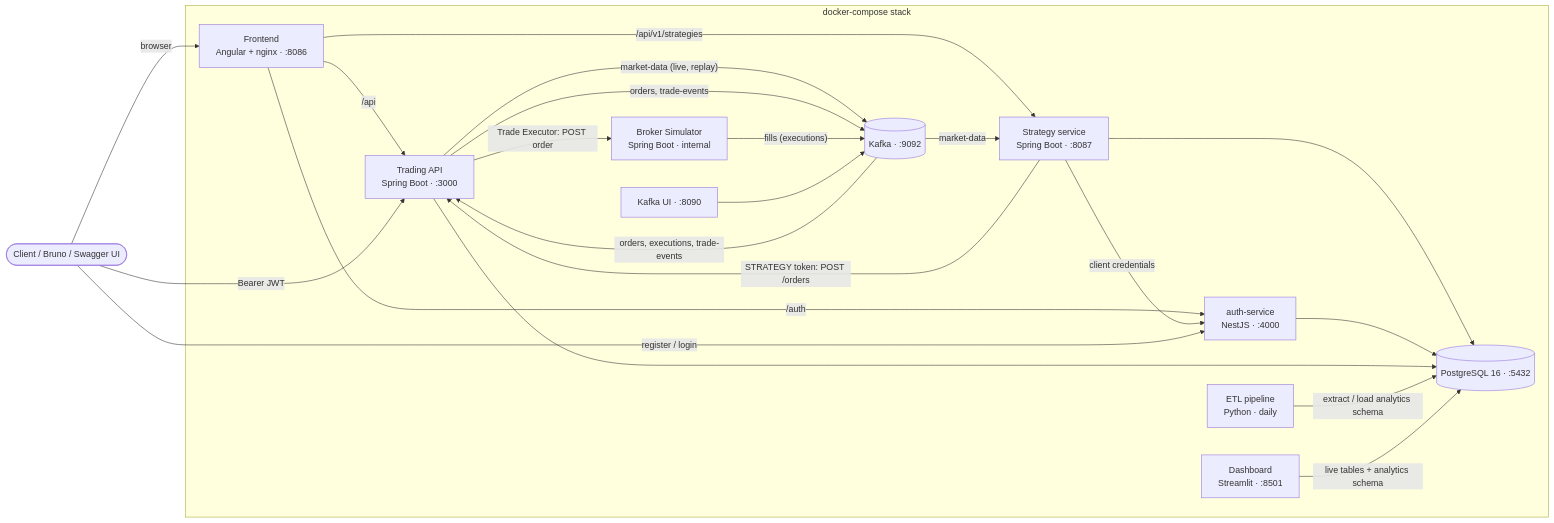
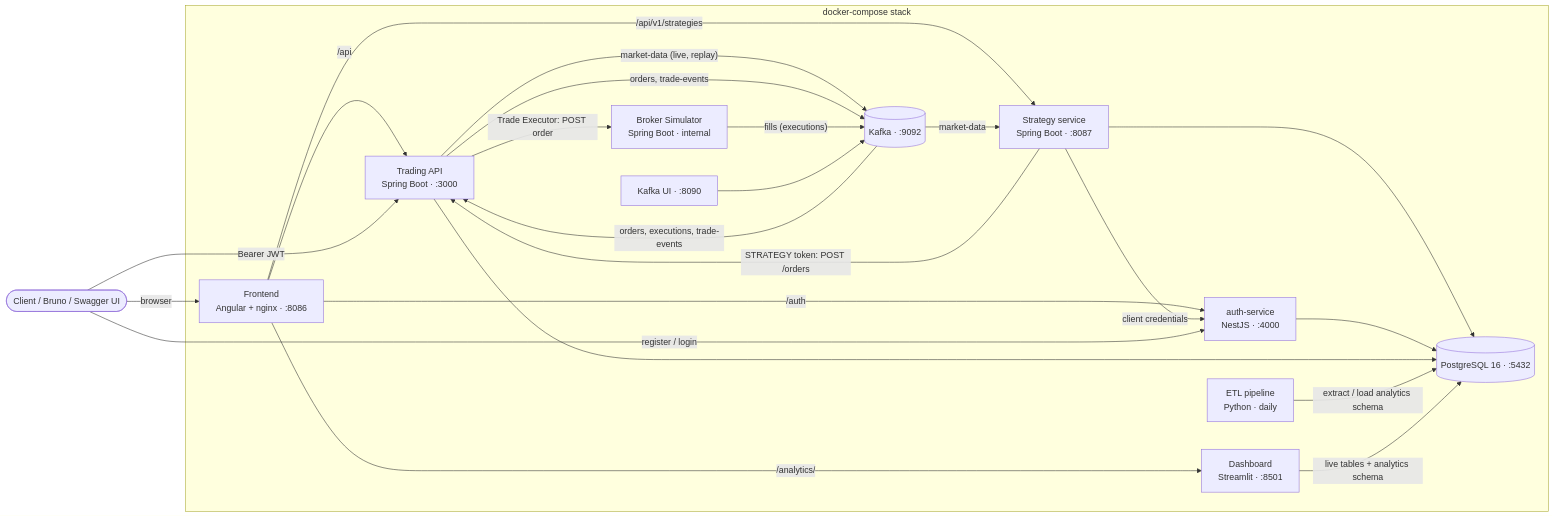
Before and after one commit to NathanCarr10/TNS-Capital: the diagram in README.md, drawn with Mermaid. The commit also changed other lines of this file and 13 other files, not shown here.

````diff
--- a/README.md
+++ b/README.md
@@ -30,38 +32,39 @@
 ```mermaid
 flowchart LR
     client([Client / Bruno / Swagger UI])
 
     subgraph stack[docker-compose stack]
         web[Frontend<br/>Angular + nginx · :8086]
         auth[auth-service<br/>NestJS · :4000]
         app[Trading API<br/>Spring Boot · :3000]
         broker[Broker Simulator<br/>Spring Boot · internal]
         strat[Strategy service<br/>Spring Boot · :8087]
         kafka[(Kafka · :9092)]
         pg[(PostgreSQL 16 · :5432)]
         etl[ETL pipeline<br/>Python · daily]
         dash[Dashboard<br/>Streamlit · :8501]
         ui[Kafka UI · :8090]
     end
 
     client -- "browser" --> web
     web -- "/auth" --> auth
     web -- "/api" --> app
     web -- "/api/v1/strategies" --> strat
+    web -- "/analytics/" --> dash
     app -- "market-data (live, replay)" --> kafka
     kafka -- "market-data" --> strat
     strat -- "STRATEGY token: POST /orders" --> app
     strat -- "client credentials" --> auth
     strat --> pg
     client -- "register / login" --> auth
     client -- "Bearer JWT" --> app
     auth --> pg
     app -- "orders, trade-events" --> kafka
     kafka -- "orders, executions, trade-events" --> app
     app -- "Trade Executor: POST order" --> broker
     broker -- "fills (executions)" --> kafka
     app --> pg
     etl -- "extract / load analytics schema" --> pg
     dash -- "live tables + analytics schema" --> pg
     ui --> kafka
 ```
````
